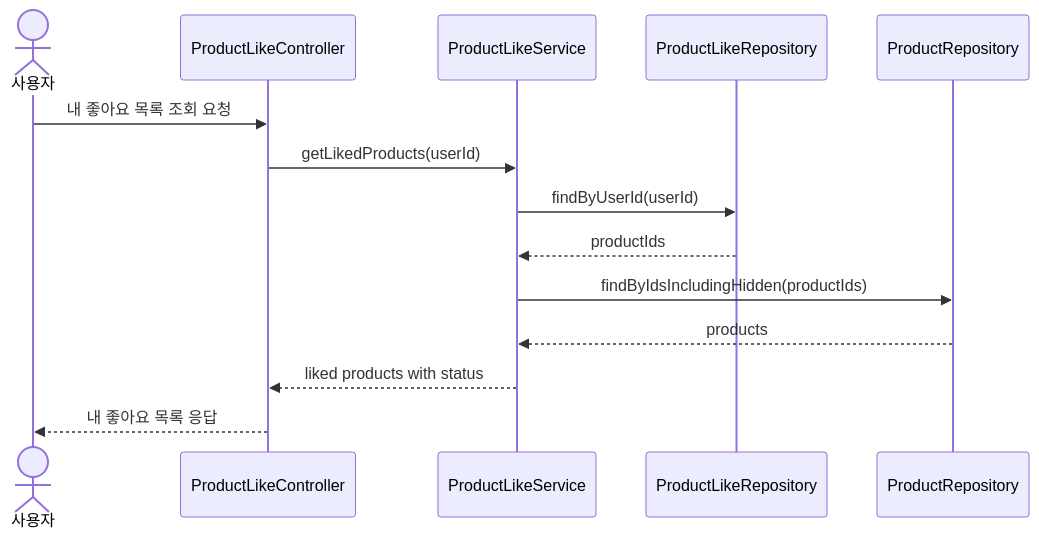
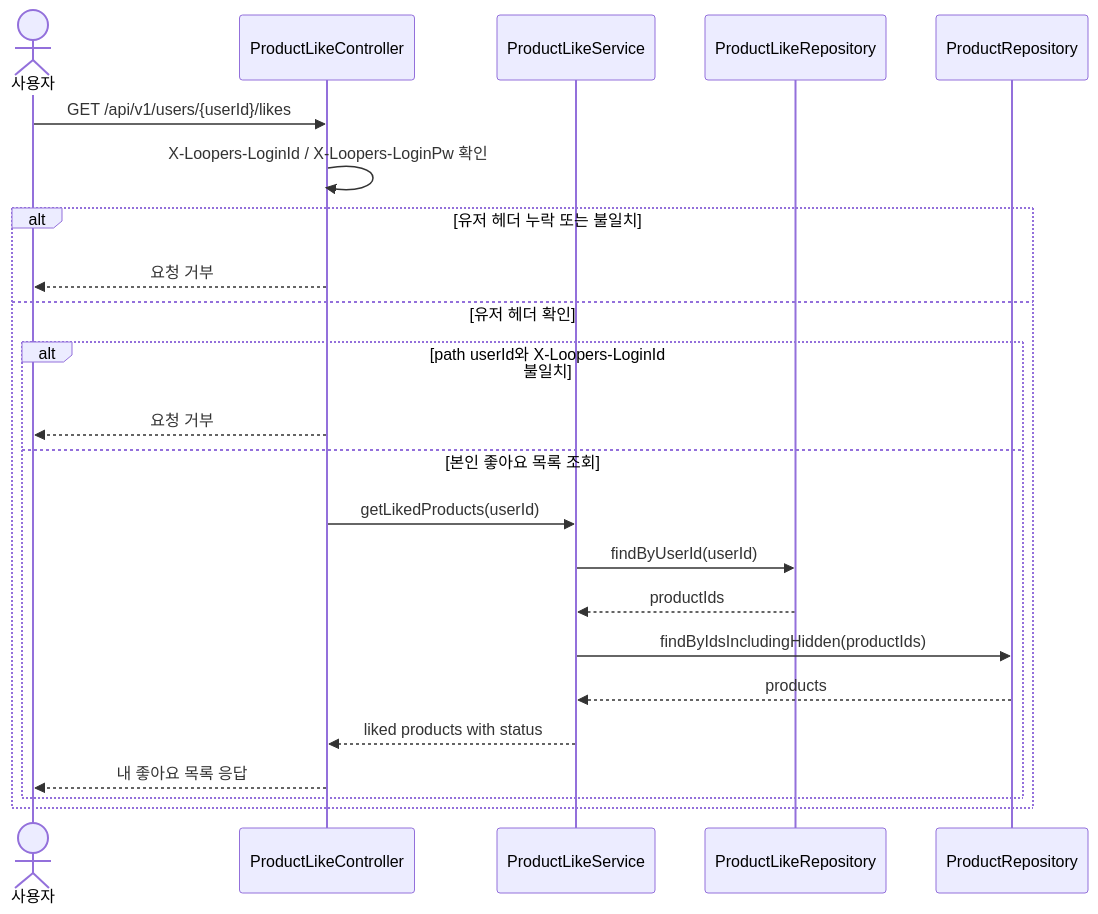
The fifth of 9 diagrams in .docs/design/02-sequence-diagrams.md (loopers-labs/loop-pack-be-l2-vol4-java), drawn with Mermaid before and after one commit. The commit also changed other lines of this file and 3 other files, not shown here.

````diff
--- a/.docs/design/02-sequence-diagrams.md
+++ b/.docs/design/02-sequence-diagrams.md
@@ -148,17 +199,26 @@
 ```mermaid
 sequenceDiagram
     actor User as 사용자
     participant Controller as ProductLikeController
     participant Service as ProductLikeService
     participant LikeRepo as ProductLikeRepository
     participant ProductRepo as ProductRepository
 
-    User->>Controller: 내 좋아요 목록 조회 요청
-    Controller->>Service: getLikedProducts(userId)
-    Service->>LikeRepo: findByUserId(userId)
-    LikeRepo-->>Service: productIds
-    Service->>ProductRepo: findByIdsIncludingHidden(productIds)
-    ProductRepo-->>Service: products
-    Service-->>Controller: liked products with status
-    Controller-->>User: 내 좋아요 목록 응답
+    User->>Controller: GET /api/v1/users/{userId}/likes
+    Controller->>Controller: X-Loopers-LoginId / X-Loopers-LoginPw 확인
+    alt 유저 헤더 누락 또는 불일치
+        Controller-->>User: 요청 거부
+    else 유저 헤더 확인
+        alt path userId와 X-Loopers-LoginId 불일치
+            Controller-->>User: 요청 거부
+        else 본인 좋아요 목록 조회
+            Controller->>Service: getLikedProducts(userId)
+            Service->>LikeRepo: findByUserId(userId)
+            LikeRepo-->>Service: productIds
+            Service->>ProductRepo: findByIdsIncludingHidden(productIds)
+            ProductRepo-->>Service: products
+            Service-->>Controller: liked products with status
+            Controller-->>User: 내 좋아요 목록 응답
+        end
+    end
 ```
````
